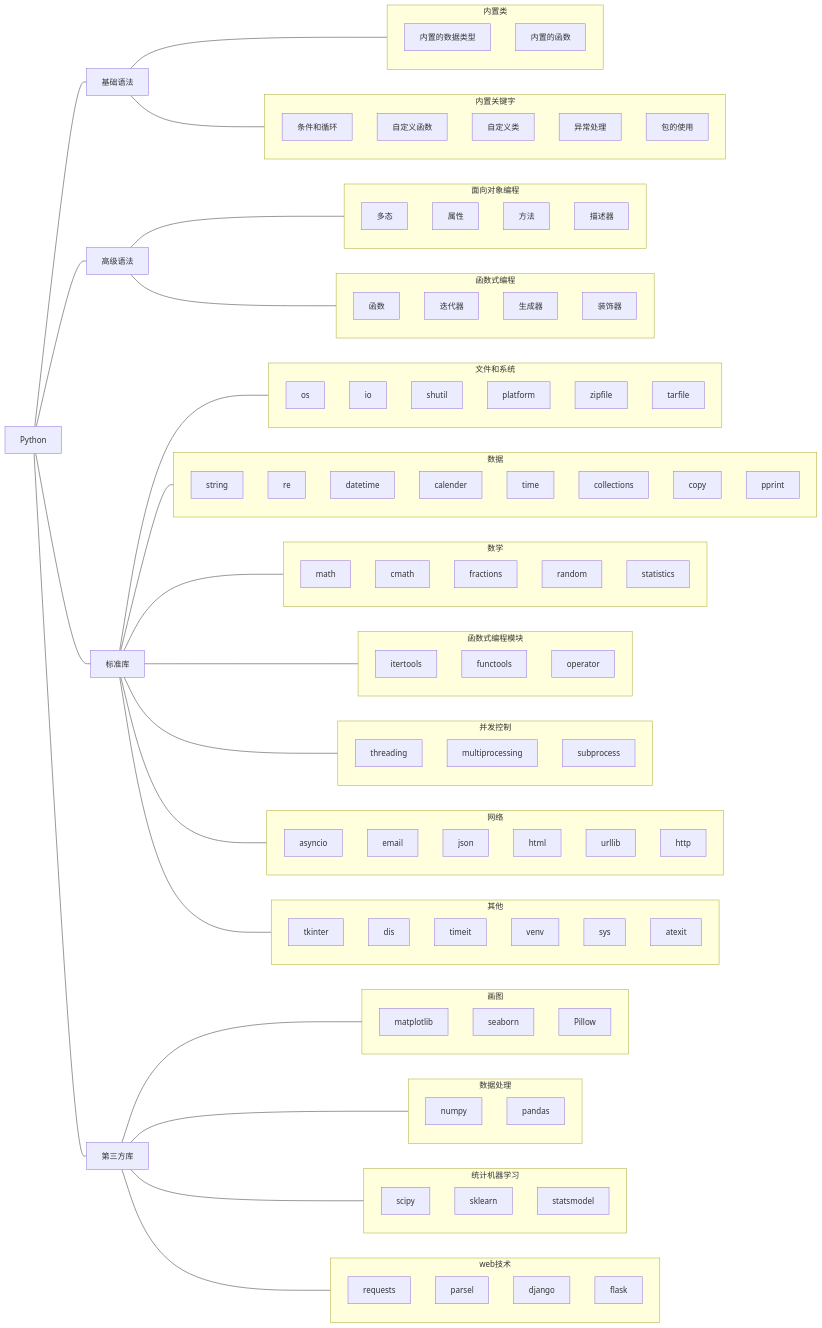
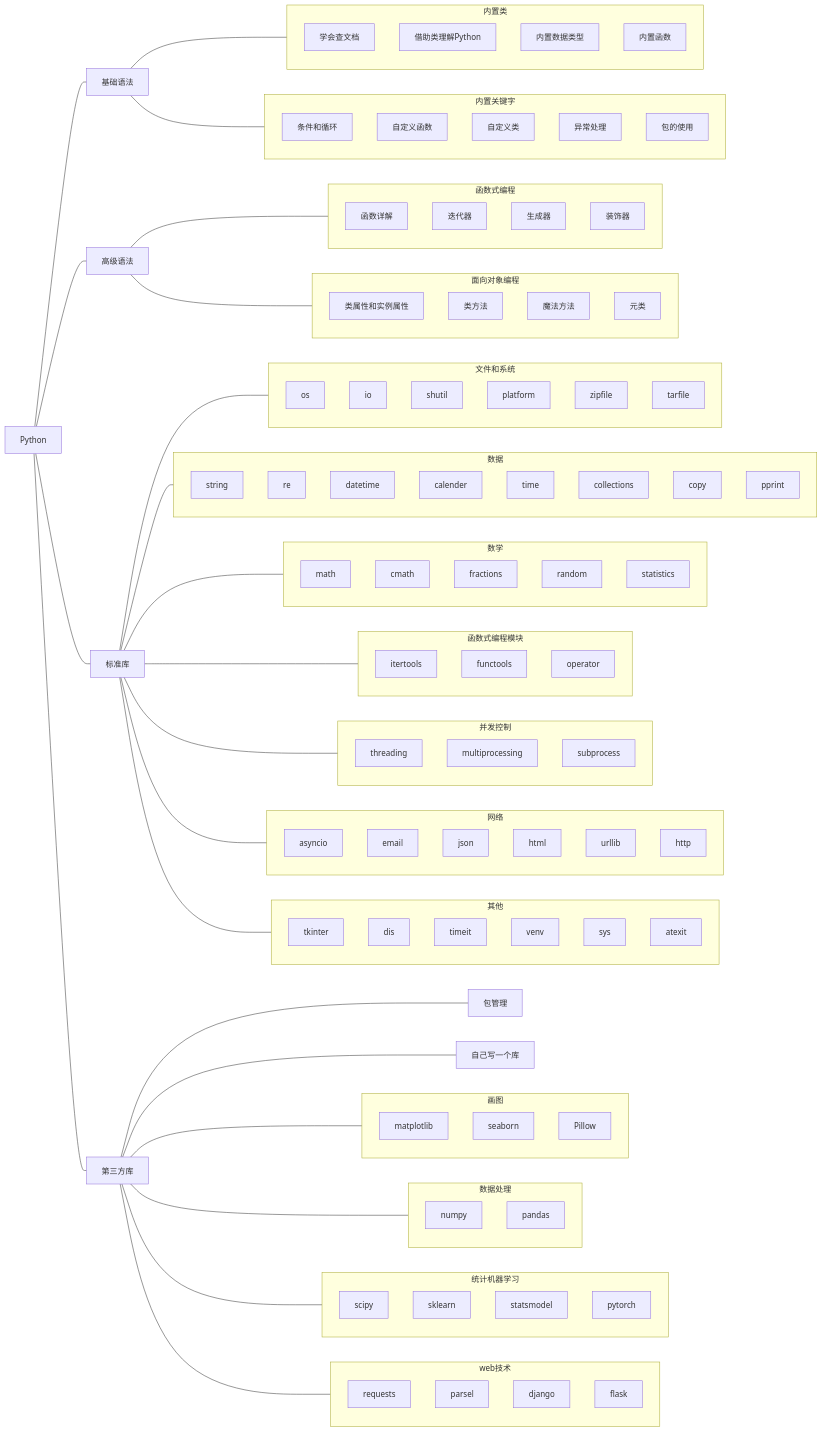
The diagram in docs/Python/index.md (AIboy996/AIboy996.GitHub.io), drawn with Mermaid before and after one commit. The commit also changed other lines of this file, not shown here.

Commit message:
update Python index page

````diff
--- a/docs/Python/index.md
+++ b/docs/Python/index.md
@@ -55,8 +63,10 @@
 ```mermaid
 flowchart LR
     subgraph 内置类
-    内置的数据类型
-    内置的函数
+    学会查文档
+    借助类理解Python
+    内置数据类型
+    内置函数
     end
     subgraph 内置关键字
     条件和循环
@@ -66,20 +76,20 @@
     包的使用
     end
     subgraph 面向对象编程
-    多态
-    属性
-    方法
-    描述器
+    类属性和实例属性
+    类方法
+    魔法方法
+    元类
     end
     subgraph 函数式编程
-    函数
+    函数详解
     迭代器
     生成器
     装饰器
     end
     Python --- 基础语法 & 高级语法 & 标准库 & 第三方库
     基础语法 --- 内置类 & 内置关键字
-    高级语法 --- 面向对象编程 & 函数式编程
+    高级语法 ---函数式编程 &  面向对象编程
     
     subgraph 画图
     matplotlib
@@ -94,6 +104,7 @@
     scipy
     sklearn
     statsmodel
+    pytorch
     end
     subgraph web技术
     requests
@@ -102,7 +113,7 @@
     flask
     end
     
-    第三方库 --- 画图 & 数据处理 & 统计机器学习 & web技术
+    第三方库 --- 包管理 & 自己写一个库 & 画图 & 数据处理 & 统计机器学习 & web技术
     subgraph 文件和系统
     os;io;shutil;platform;
   	zipfile;tarfile;
@@ -127,6 +138,33 @@
     tkinter;dis;timeit;venv;sys;atexit;dis
     end
     标准库 --- 文件和系统 & 数据 & 数学 & 函数式编程模块 & 并发控制 & 网络 & 其他
-    
-    
+    click Python "."
+    %% 基础语法
+    click 学会查文档 "./BasicSyntax/builtin_class/#dirhelp"
+    click 借助类理解Python "./BasicSyntax/builtin_class/#python"
+    click 内置数据类型 "./BasicSyntax/builtin_class/#_3"
+    click 内置函数 "./BasicSyntax/builtin_class/#_5"
+    click 条件和循环 "./BasicSyntax/builtin_keyword/#if"
+    click 自定义函数 "./BasicSyntax/builtin_keyword/#_3"
+    click 自定义类 "./BasicSyntax/builtin_keyword/#_4"
+    click 异常处理 "./BasicSyntax/builtin_keyword/#_9"
+    click 包的使用 "./BasicSyntax/builtin_keyword/#import"
+    %% 高级语法
+    click 函数详解 "./SeniorSyntax/functional_programming/#_2"
+    click 迭代器 "./SeniorSyntax/functional_programming/#_8"
+    click 生成器 "./SeniorSyntax/functional_programming/#_9"
+    click 装饰器 "./SeniorSyntax/functional_programming/#_12"
+    click 类属性和实例属性 "./SeniorSyntax/OOP/#attribute"
+    click 类方法 "./SeniorSyntax/OOP/#method"
+    click 魔法方法 "./SeniorSyntax/OOP/#magic-method"
+    click 元类 "./SeniorSyntax/OOP/#_20"
+    %% 标准库
+    click os "./StandardLibrary/os"
+    click re "./StandardLibrary/re"
+    click time "./StandardLibrary/time"
+    %% 第三方库
+    click 包管理 "./ThirdPartyLibrary/package_management"
+    click 自己写一个库 "./ThirdPartyLibrary/DIY"
+    click numpy "./ThirdPartyLibrary/numpy"
+    click pandas "./ThirdPartyLibrary/pandas"
 ```
````
